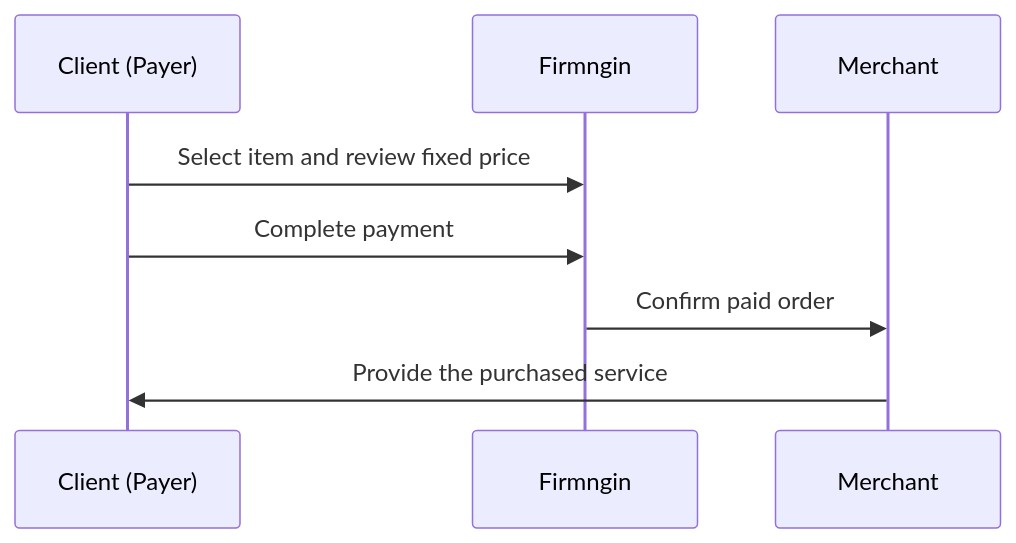
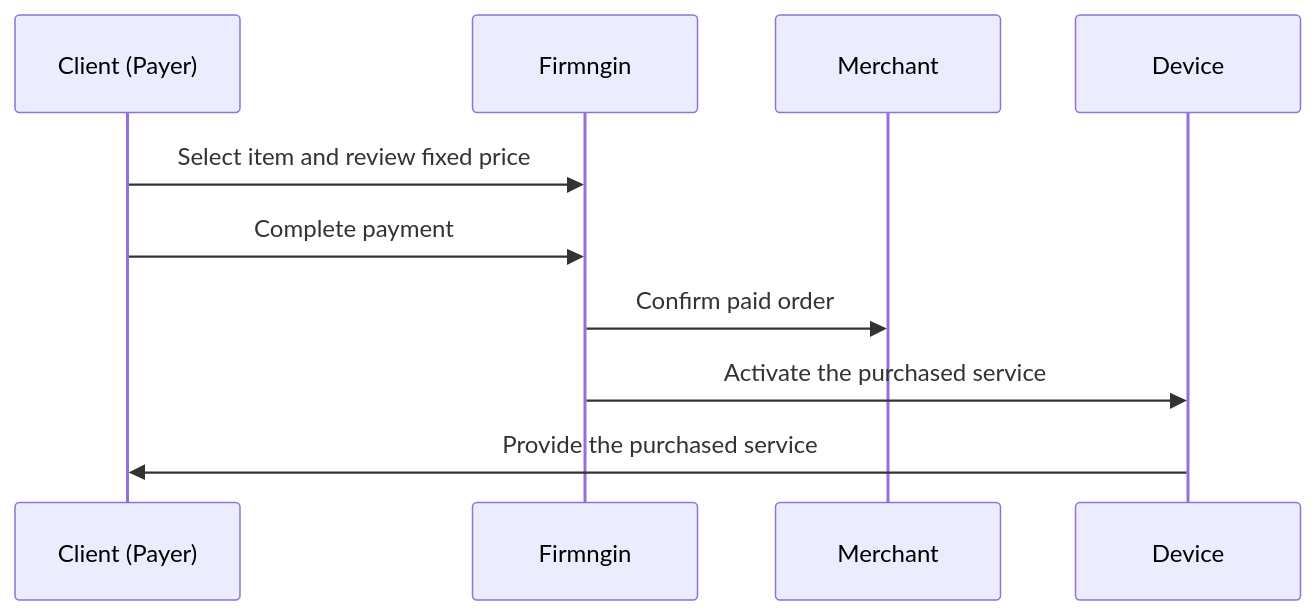
Before and after one commit to firmngin/docs: the first of 2 diagrams in monetization.mdx, drawn with Mermaid. The commit also changed other lines of this file and 2 other files, not shown here.

````diff
--- a/monetization.mdx
+++ b/monetization.mdx
@@ -49,10 +51,12 @@
 ```mermaid actions={false}
 sequenceDiagram
     participant Client as Client (Payer)
     participant Firmngin
     participant Merchant
+    participant Device
     Client->>Firmngin: Select item and review fixed price
     Client->>Firmngin: Complete payment
     Firmngin->>Merchant: Confirm paid order
-    Merchant->>Client: Provide the purchased service
+    Firmngin->>Device: Activate the purchased service
+    Device->>Client: Provide the purchased service
 ```
````
